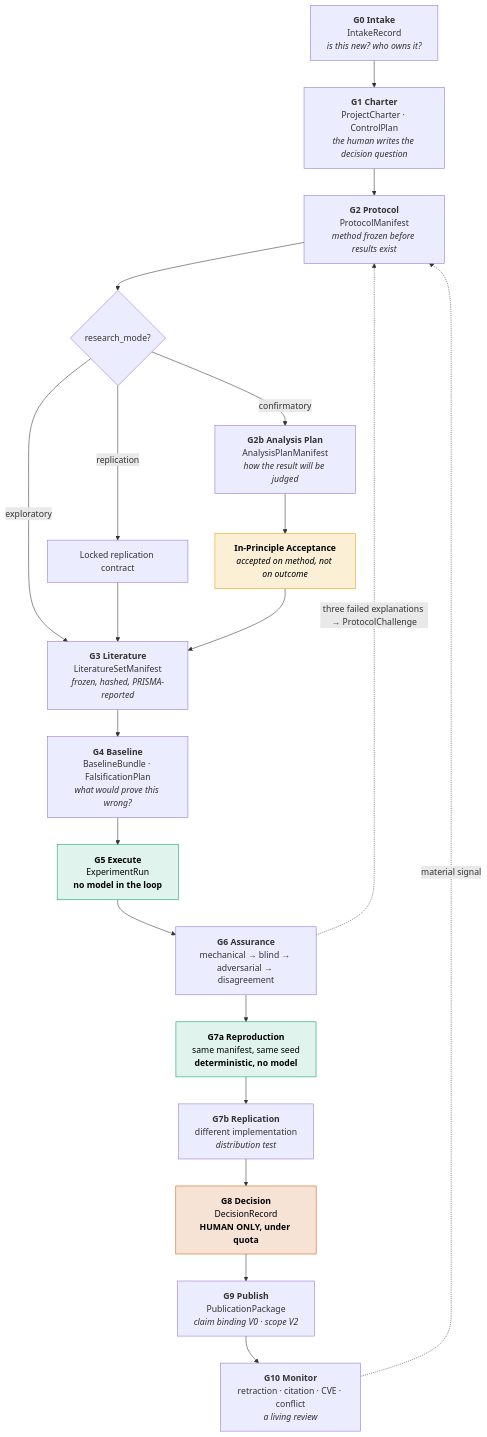
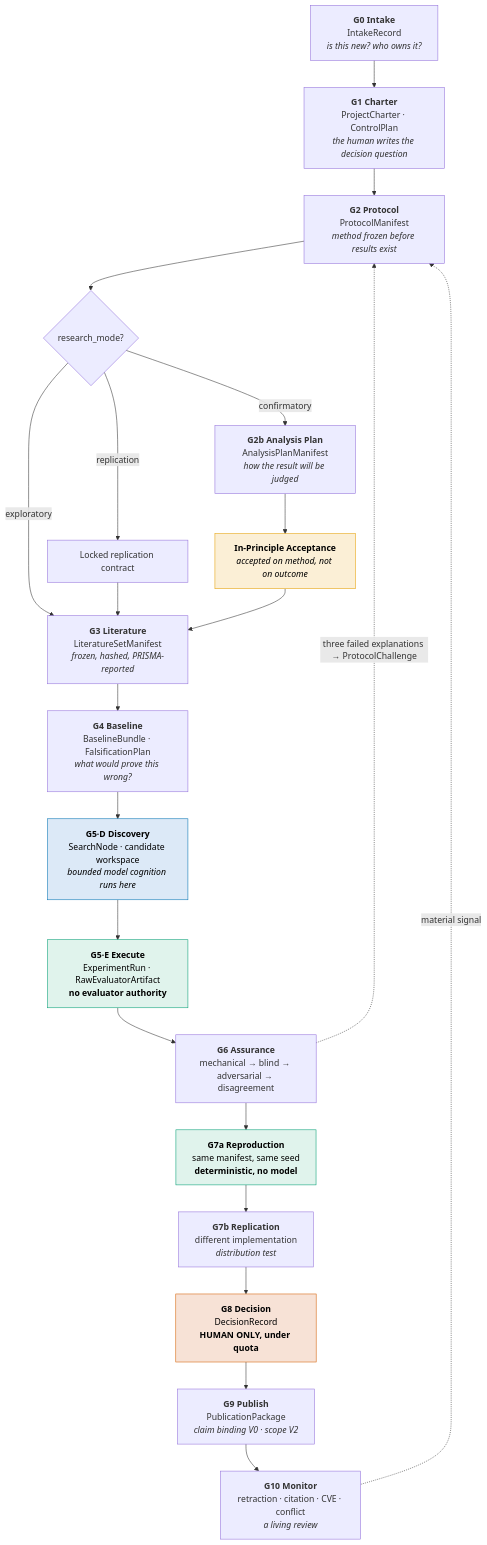
Diagram 11 of 24 in docs/architecture/AETHRION_ARCHITECTURE.md (furkanhanilci/AETHRION), drawn with Mermaid before and after one commit. The commit also changed other lines of this file and 55 other files, not shown here.

````diff
--- a/docs/architecture/AETHRION_ARCHITECTURE.md
+++ b/docs/architecture/AETHRION_ARCHITECTURE.md
@@ -452,31 +455,33 @@
 ```mermaid
 flowchart TD
     G0["<b>G0 Intake</b><br/>IntakeRecord<br/><i>is this new? who owns it?</i>"]
     G1["<b>G1 Charter</b><br/>ProjectCharter · ControlPlan<br/><i>the human writes the decision question</i>"]
     G2["<b>G2 Protocol</b><br/>ProtocolManifest<br/><i>method frozen before results exist</i>"]
     G2B["<b>G2b Analysis Plan</b><br/>AnalysisPlanManifest<br/><i>how the result will be judged</i>"]
     IPA["<b>In-Principle Acceptance</b><br/><i>accepted on method, not on outcome</i>"]
     G3["<b>G3 Literature</b><br/>LiteratureSetManifest<br/><i>frozen, hashed, PRISMA-reported</i>"]
     G4["<b>G4 Baseline</b><br/>BaselineBundle · FalsificationPlan<br/><i>what would prove this wrong?</i>"]
-    G5["<b>G5 Execute</b><br/>ExperimentRun<br/><b>no model in the loop</b>"]
+    G5D["<b>G5·D Discovery</b><br/>SearchNode · candidate workspace<br/><i>bounded model cognition runs here</i>"]
+    G5E["<b>G5·E Execute</b><br/>ExperimentRun · RawEvaluatorArtifact<br/><b>no evaluator authority</b>"]
     G6["<b>G6 Assurance</b><br/>mechanical → blind → adversarial → disagreement"]
     G7A["<b>G7a Reproduction</b><br/>same manifest, same seed<br/><b>deterministic, no model</b>"]
     G7B["<b>G7b Replication</b><br/>different implementation<br/><i>distribution test</i>"]
     G8["<b>G8 Decision</b><br/>DecisionRecord<br/><b>HUMAN ONLY, under quota</b>"]
     G9["<b>G9 Publish</b><br/>PublicationPackage<br/><i>claim binding V0 · scope V2</i>"]
     G10["<b>G10 Monitor</b><br/>retraction · citation · CVE · conflict<br/><i>a living review</i>"]
 
     G0 --> G1 --> G2 --> MODE{"research_mode?"}
     MODE -->|exploratory| G3
     MODE -->|replication| RC["Locked replication contract"] --> G3
     MODE -->|confirmatory| G2B --> IPA --> G3
-    G3 --> G4 --> G5 --> G6
+    G3 --> G4 --> G5D --> G5E --> G6
     G6 --> G7A --> G7B --> G8 --> G9 --> G10
     G10 -.->|"material signal"| G2
     G6 -.->|"three failed explanations → ProtocolChallenge"| G2
 
-    style G5 fill:#E0F3EC,stroke:#009E73,color:#000
+    style G5D fill:#DCE9F7,stroke:#0072B2,color:#000
+    style G5E fill:#E0F3EC,stroke:#009E73,color:#000
     style G7A fill:#E0F3EC,stroke:#009E73,color:#000
     style G8 fill:#F7E2D6,stroke:#D55E00,color:#000
     style IPA fill:#FBEFD6,stroke:#E69F00,color:#000
 ```
````
